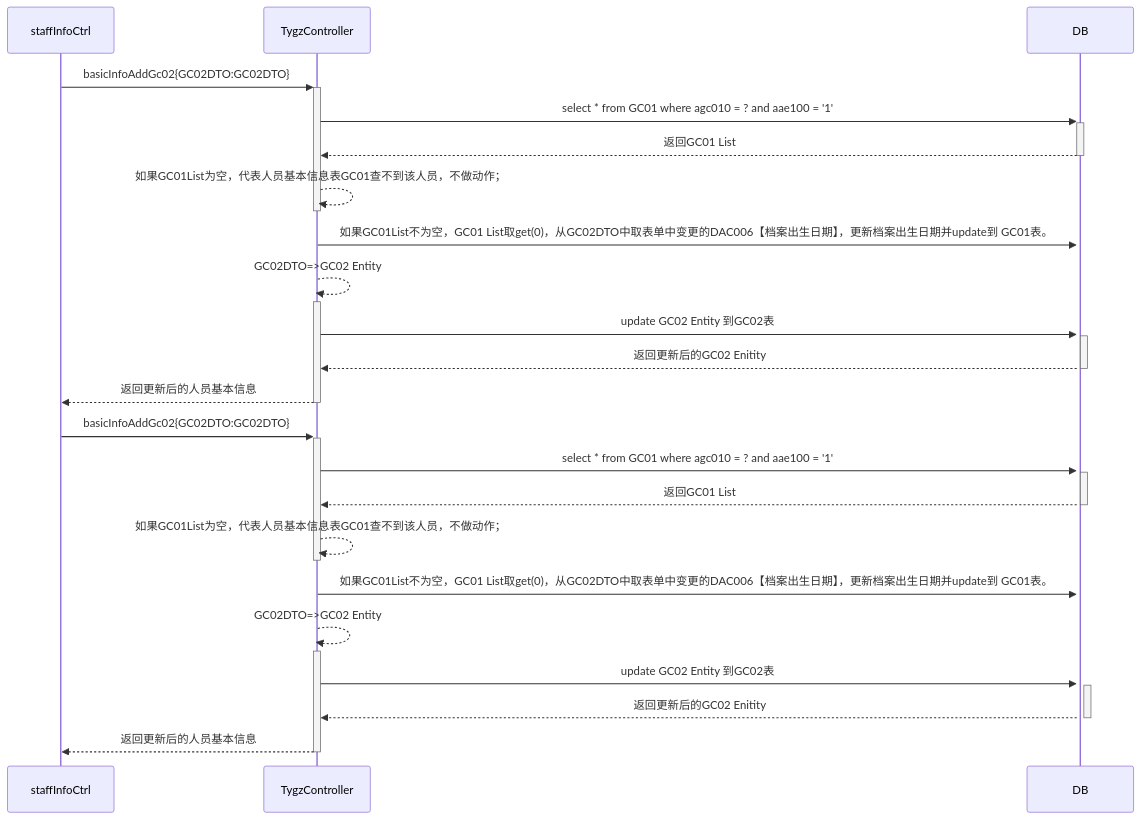
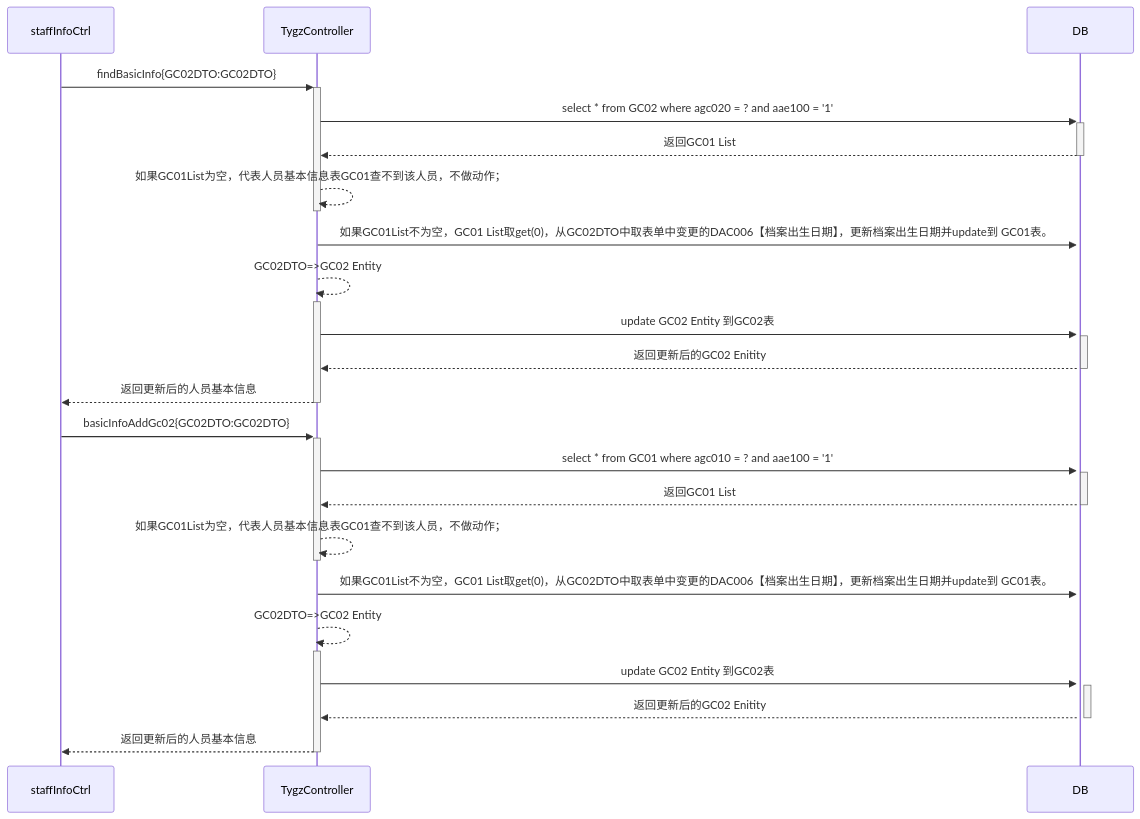
The diagram in all/未命名-1.md (ZhangJianBeiJing/iodraw-files), drawn with Mermaid before and after one commit.

Commit message:
2025-03-24 18:00:17 update

````diff
--- a/all/未命名-1.md
+++ b/all/未命名-1.md
@@ -1,26 +1,26 @@
 ```mermaid
 sequenceDiagram
-    staffInfoCtrl->>+TygzController:basicInfoAddGc02{GC02DTO:GC02DTO}
-    TygzController->>+DB:select * from GC01 where agc010 = ? and aae100 = '1'
+    staffInfoCtrl->>+TygzController:findBasicInfo{GC02DTO:GC02DTO}
+    TygzController->>+DB:select * from GC02 where agc020 = ? and aae100 = '1'
     DB-->>-TygzController:返回GC01 List
     TygzController-->>-TygzController:如果GC01List为空，代表人员基本信息表GC01查不到该人员，不做动作；
     TygzController->>+DB:如果GC01List不为空，GC01 List取get(0)，从GC02DTO中取表单中变更的DAC006【档案出生日期】，更新档案出生日期并update到 GC01表。
     TygzController-->>+TygzController:GC02DTO=>GC02 Entity
     TygzController->>+DB:update GC02 Entity 到GC02表
     DB-->>-TygzController:返回更新后的GC02 Enitity
     TygzController-->>-staffInfoCtrl:返回更新后的人员基本信息
 
     staffInfoCtrl->>+TygzController:basicInfoAddGc02{GC02DTO:GC02DTO}
     TygzController->>+DB:select * from GC01 where agc010 = ? and aae100 = '1'
     DB-->>-TygzController:返回GC01 List
     TygzController-->>-TygzController:如果GC01List为空，代表人员基本信息表GC01查不到该人员，不做动作；
     TygzController->>+DB:如果GC01List不为空，GC01 List取get(0)，从GC02DTO中取表单中变更的DAC006【档案出生日期】，更新档案出生日期并update到 GC01表。
     TygzController-->>+TygzController:GC02DTO=>GC02 Entity
     TygzController->>+DB:update GC02 Entity 到GC02表
     DB-->>-TygzController:返回更新后的GC02 Enitity
     TygzController-->>-staffInfoCtrl:返回更新后的人员基本信息
 
 
 
 
 ```
````
